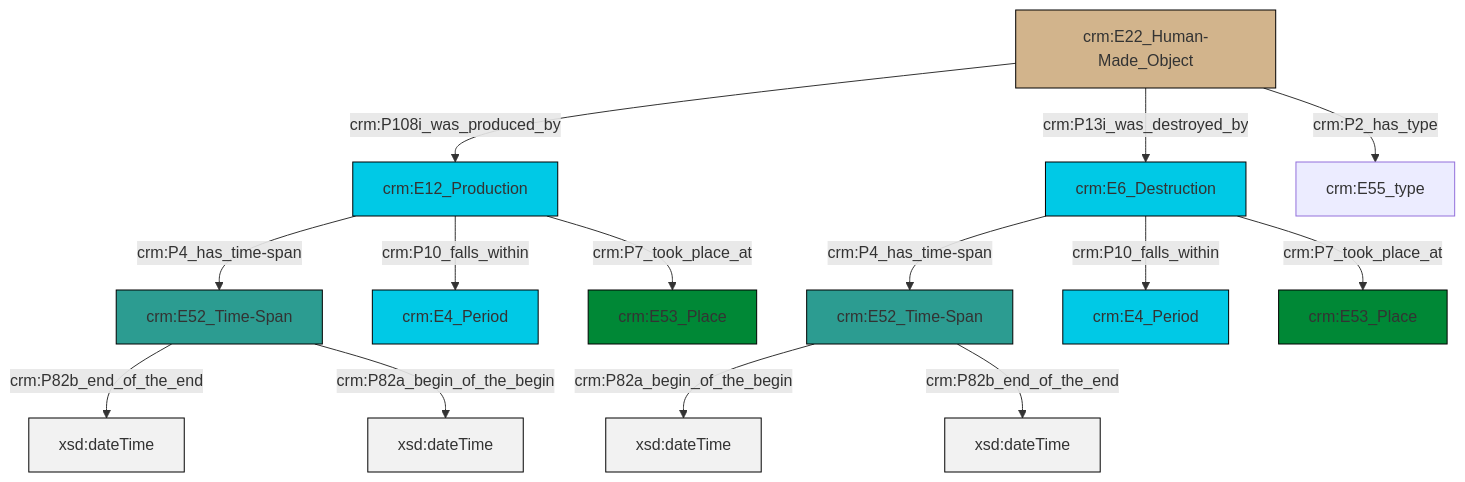
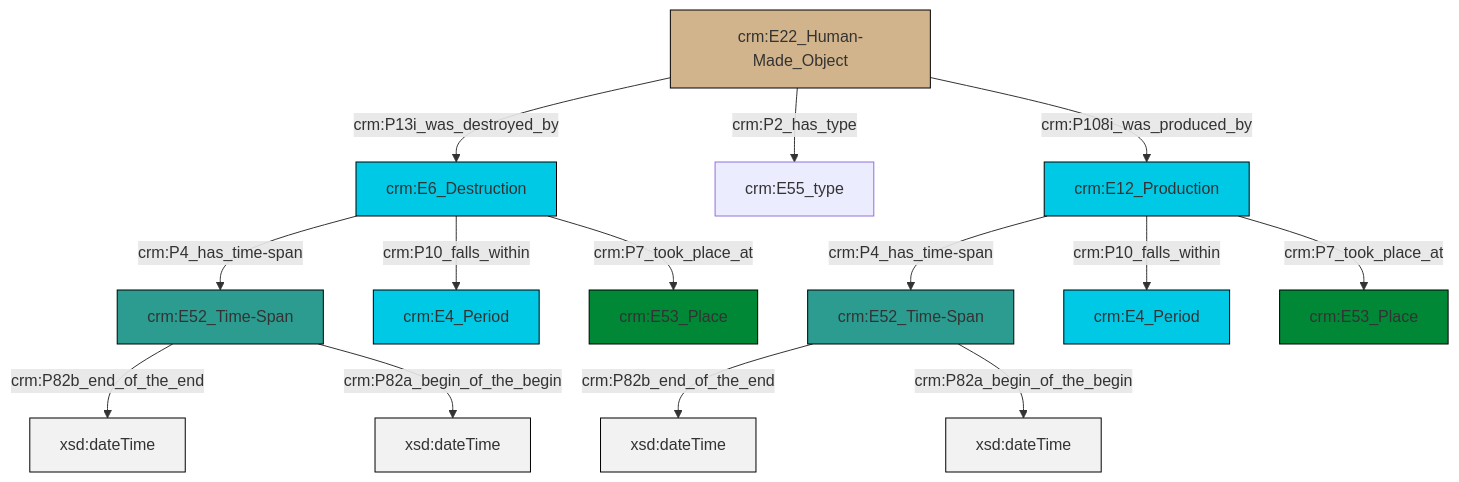
The diagram in et/artworkCSV/ttl/mmd/Artwork_Existence.ttl.mmd (swiss-art-research-net/docs.swissartresearch), drawn with Mermaid before and after one commit. The commit also changed 174 other files, not shown here.

```diff
--- a/et/artworkCSV/ttl/mmd/Artwork_Existence.ttl.mmd
+++ b/et/artworkCSV/ttl/mmd/Artwork_Existence.ttl.mmd
@@ -1,28 +1,28 @@
 graph TD
 classDef Literal fill:#f2f2f2,stroke:#000000;
 classDef CRM_Entity fill:#FFFFFF,stroke:#000000;
 classDef Temporal_Entity fill:#00C9E6, stroke:#000000;
 classDef Type fill:#E18312, stroke:#000000;
 classDef Time-Span fill:#2C9C91, stroke:#000000;
 classDef Appellation fill:#FFEB7F, stroke:#000000;
 classDef Place fill:#008836, stroke:#000000;
 classDef Persistent_Item fill:#B266B2, stroke:#000000;
 classDef Conceptual_Object fill:#FFD700, stroke:#000000;
 classDef Physical_Thing fill:#D2B48C, stroke:#000000;
 classDef Actor fill:#f58aad, stroke:#000000;
 classDef PC_Classes fill:#4ce600, stroke:#000000;
 classDef Multi fill:#cccccc,stroke:#000000;
 
-2["crm:E6_Destruction"]:::Temporal_Entity -->|crm:P4_has_time-span| 3["crm:E52_Time-Span"]:::Time-Span
-4["crm:E22_Human-Made_Object"]:::Physical_Thing -->|crm:P108i_was_produced_by| 0["crm:E12_Production"]:::Temporal_Entity
-4["crm:E22_Human-Made_Object"]:::Physical_Thing -->|crm:P13i_was_destroyed_by| 2["crm:E6_Destruction"]:::Temporal_Entity
-0["crm:E12_Production"]:::Temporal_Entity -->|crm:P4_has_time-span| 10["crm:E52_Time-Span"]:::Time-Span
-10["crm:E52_Time-Span"]:::Time-Span -->|crm:P82b_end_of_the_end| 13[xsd:dateTime]:::Literal
-2["crm:E6_Destruction"]:::Temporal_Entity -->|crm:P10_falls_within| 7["crm:E4_Period"]:::Temporal_Entity
-3["crm:E52_Time-Span"]:::Time-Span -->|crm:P82a_begin_of_the_begin| 14[xsd:dateTime]:::Literal
-3["crm:E52_Time-Span"]:::Time-Span -->|crm:P82b_end_of_the_end| 15[xsd:dateTime]:::Literal
-0["crm:E12_Production"]:::Temporal_Entity -->|crm:P10_falls_within| 5["crm:E4_Period"]:::Temporal_Entity
-0["crm:E12_Production"]:::Temporal_Entity -->|crm:P7_took_place_at| 19["crm:E53_Place"]:::Place
-2["crm:E6_Destruction"]:::Temporal_Entity -->|crm:P7_took_place_at| 17["crm:E53_Place"]:::Place
-10["crm:E52_Time-Span"]:::Time-Span -->|crm:P82a_begin_of_the_begin| 23[xsd:dateTime]:::Literal
-4["crm:E22_Human-Made_Object"]:::Physical_Thing -->|crm:P2_has_type| 20["crm:E55_type"]:::Default
+0["crm:E6_Destruction"]:::Temporal_Entity -->|crm:P4_has_time-span| 2["crm:E52_Time-Span"]:::Time-Span
+3["crm:E12_Production"]:::Temporal_Entity -->|crm:P4_has_time-span| 4["crm:E52_Time-Span"]:::Time-Span
+5["crm:E22_Human-Made_Object"]:::Physical_Thing -->|crm:P13i_was_destroyed_by| 0["crm:E6_Destruction"]:::Temporal_Entity
+2["crm:E52_Time-Span"]:::Time-Span -->|crm:P82b_end_of_the_end| 6[xsd:dateTime]:::Literal
+5["crm:E22_Human-Made_Object"]:::Physical_Thing -->|crm:P2_has_type| 11["crm:E55_type"]:::Default
+0["crm:E6_Destruction"]:::Temporal_Entity -->|crm:P10_falls_within| 13["crm:E4_Period"]:::Temporal_Entity
+0["crm:E6_Destruction"]:::Temporal_Entity -->|crm:P7_took_place_at| 16["crm:E53_Place"]:::Place
+4["crm:E52_Time-Span"]:::Time-Span -->|crm:P82b_end_of_the_end| 17[xsd:dateTime]:::Literal
+5["crm:E22_Human-Made_Object"]:::Physical_Thing -->|crm:P108i_was_produced_by| 3["crm:E12_Production"]:::Temporal_Entity
+3["crm:E12_Production"]:::Temporal_Entity -->|crm:P10_falls_within| 7["crm:E4_Period"]:::Temporal_Entity
+4["crm:E52_Time-Span"]:::Time-Span -->|crm:P82a_begin_of_the_begin| 22[xsd:dateTime]:::Literal
+3["crm:E12_Production"]:::Temporal_Entity -->|crm:P7_took_place_at| 19["crm:E53_Place"]:::Place
+2["crm:E52_Time-Span"]:::Time-Span -->|crm:P82a_begin_of_the_begin| 23[xsd:dateTime]:::Literal
```
